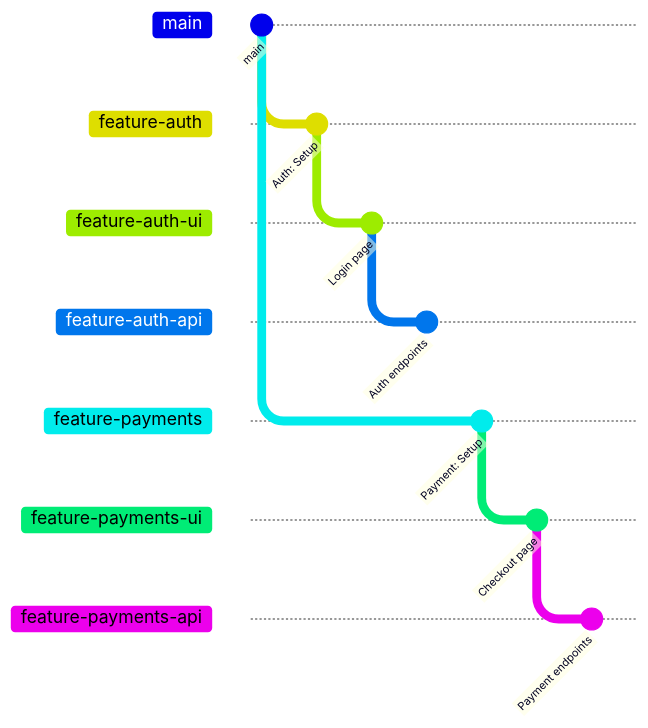
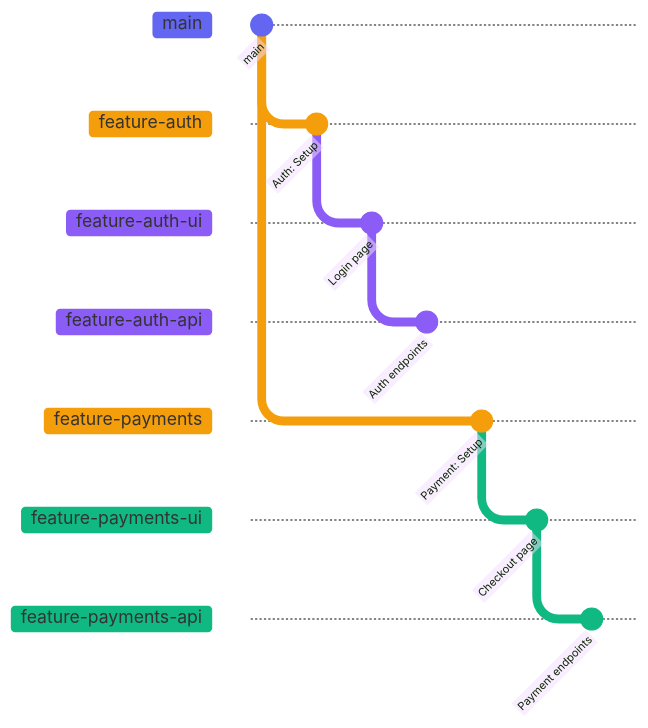
Before and after one commit to yannvanhalewyn/prstack: the fourth of 4 diagrams in documentation/content/docs/advanced-workflows.mdx, drawn with Mermaid. The commit also changed other lines of this file and 4 other files, not shown here.

````diff
--- a/documentation/content/docs/advanced-workflows.mdx
+++ b/documentation/content/docs/advanced-workflows.mdx
@@ -267,17 +270,18 @@
 ```mermaid
+%%{init: {'theme':'base', 'themeVariables': {'git0':'#6366f1','git1':'#f59e0b','git2':'#8b5cf6','git3':'#8b5cf6','git4':'#f59e0b','git5':'#10b981','git6':'#10b981'}}}%%
 gitGraph
   commit id: "main"
   branch feature-auth
   commit id: "Auth: Setup"
   branch feature-auth-ui
   commit id: "Login page"
   branch feature-auth-api
   commit id: "Auth endpoints"
   checkout main
   branch feature-payments
   commit id: "Payment: Setup"
   branch feature-payments-ui
   commit id: "Checkout page"
   branch feature-payments-api
   commit id: "Payment endpoints"
 ```
````
